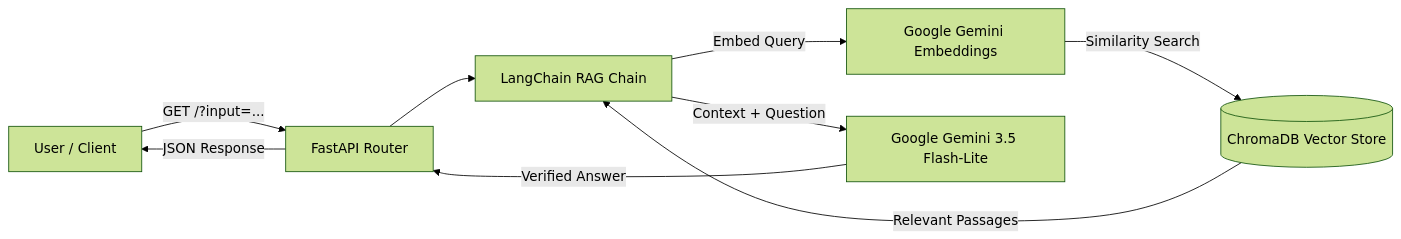
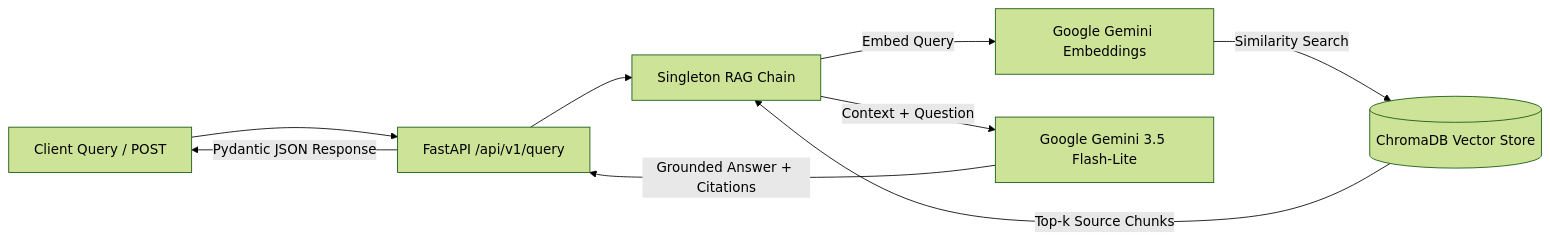
One commit to Chengetanaim/short-intense-movements-rag changed the diagram in README.md. Above: the diagram before and after it, drawn with Mermaid (forest theme). The commit also changed other lines of this file, not shown here.

````diff
--- a/README.md
+++ b/README.md
@@ -33,11 +34,11 @@
 ```mermaid
 flowchart LR
-    A[User / Client] -->|GET /?input=...| B[FastAPI Router]
-    B --> C[LangChain RAG Chain]
+    A[Client Query / POST] --> B[FastAPI /api/v1/query]
+    B --> C[Singleton RAG Chain]
     C -->|Embed Query| D[Google Gemini Embeddings]
     D -->|Similarity Search| E[(ChromaDB Vector Store)]
-    E -->|Relevant Passages| C
+    E -->|Top-k Source Chunks| C
     C -->|Context + Question| F[Google Gemini 3.5 Flash-Lite]
-    F -->|Verified Answer| B
-    B -->|JSON Response| A
+    F -->|Grounded Answer + Citations| B
+    B -->|Pydantic JSON Response| A
 ```
````
